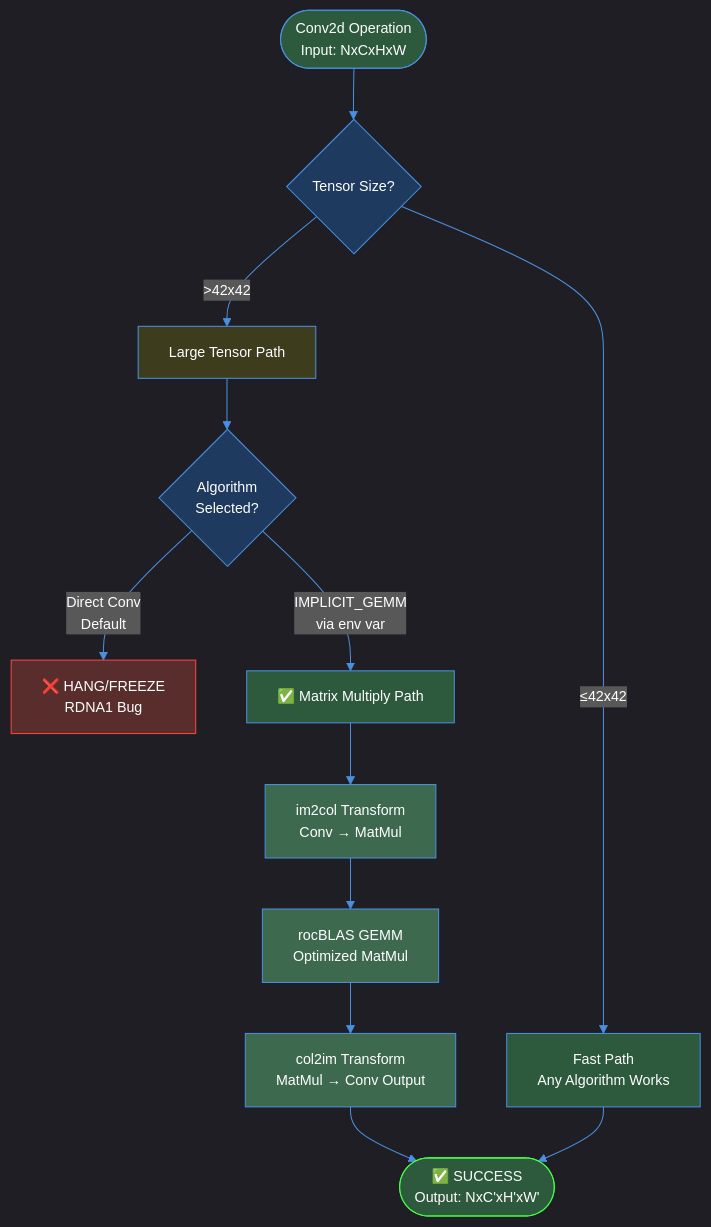
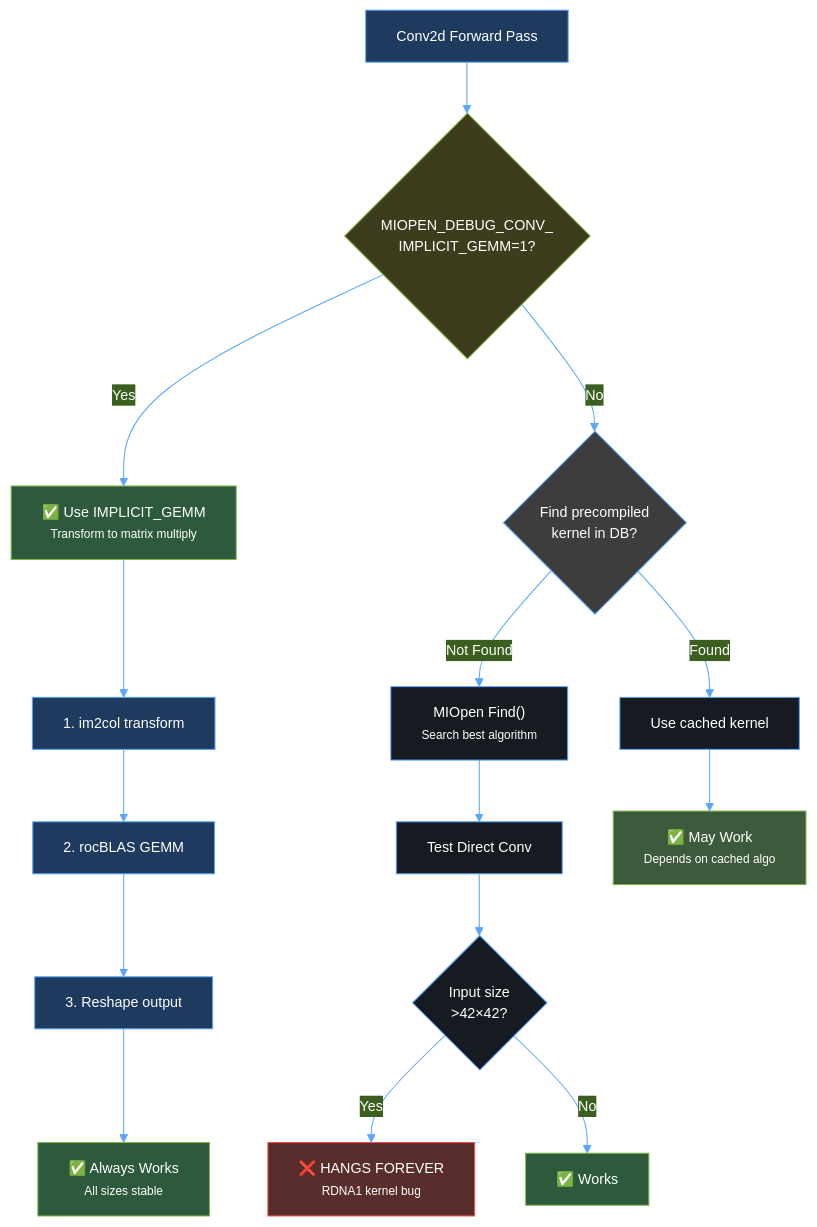
One commit to hkevin01/rocm-patch changed the fourth of 5 diagrams in README.md. Above: the diagram before and after it, drawn with Mermaid. The commit also changed other lines of this file and 2 other files, not shown here.

````diff
--- a/README.md
+++ b/README.md
@@ -106,32 +362,36 @@
 ```mermaid
-%%{init: {'theme':'dark', 'themeVariables': { 'primaryColor':'#1e3a5f','primaryTextColor':'#fff','primaryBorderColor':'#4a90e2','lineColor':'#4a90e2','secondaryColor':'#2d5a3d','tertiaryColor':'#5a2d2d','background':'#1a1a1a','mainBkg':'#2d2d2d','secondBkg':'#3d3d3d','textColor':'#ffffff','fontSize':'14px'}}}%%
+%%{init: {'theme':'base', 'themeVariables': { 'primaryColor':'#1e3a5f','primaryTextColor':'#fff','primaryBorderColor':'#58a6ff','lineColor':'#58a6ff','background':'#0d1117','mainBkg':'#161b22','textColor':'#e6edf3','fontSize':'14px'}}}%%
 flowchart TD
-    START([Conv2d Operation<br/>Input: NxCxHxW]) --> CHECK{Tensor Size?}
+    Start["Conv2d Forward Pass"] --> CheckEnv{"MIOPEN_DEBUG_CONV_<br/>IMPLICIT_GEMM=1?"}
     
-    CHECK -->|≤42x42| SMALL[Fast Path<br/>Any Algorithm Works]
-    CHECK -->|>42x42| LARGE[Large Tensor Path]
+    CheckEnv -->|Yes| ImplicitGEMM["✅ Use IMPLICIT_GEMM<br/><small>Transform to matrix multiply</small>"]
+    CheckEnv -->|No| FindDB{"Find precompiled<br/>kernel in DB?"}
     
-    LARGE --> ALGO{Algorithm<br/>Selected?}
+    FindDB -->|Found| UseDB["Use cached kernel"]
+    FindDB -->|Not Found| AutoTune["MIOpen Find()<br/><small>Search best algorithm</small>"]
     
-    ALGO -->|Direct Conv<br/>Default| HANG[❌ HANG/FREEZE<br/>RDNA1 Bug]
-    ALGO -->|IMPLICIT_GEMM<br/>via env var| GEMM[✅ Matrix Multiply Path]
+    AutoTune --> TestDirect["Test Direct Conv"]
+    TestDirect --> CheckSize{"Input size<br/>>42×42?"}
     
-    GEMM --> IM2COL[im2col Transform<br/>Conv → MatMul]
-    IM2COL --> ROCBLAS[rocBLAS GEMM<br/>Optimized MatMul]
-    ROCBLAS --> COL2IM[col2im Transform<br/>MatMul → Conv Output]
-    COL2IM --> SUCCESS([✅ SUCCESS<br/>Output: NxC'xH'xW'])
+    CheckSize -->|Yes| Hang["❌ HANGS FOREVER<br/><small>RDNA1 kernel bug</small>"]
+    CheckSize -->|No| Works1["✅ Works"]
     
-    SMALL --> SUCCESS
+    ImplicitGEMM --> Im2Col["1. im2col transform"]
+    Im2Col --> GEMM["2. rocBLAS GEMM"]
+    GEMM --> Reshape["3. Reshape output"]
+    Reshape --> Works2["✅ Always Works<br/><small>All sizes stable</small>"]
     
-    style START fill:#2d5a3d,stroke:#4a90e2,color:#fff
-    style CHECK fill:#1e3a5f,stroke:#4a90e2,color:#fff
-    style SMALL fill:#2d5a3d,stroke:#4a90e2,color:#fff
-    style LARGE fill:#3d3d1e,stroke:#4a90e2,color:#fff
-    style ALGO fill:#1e3a5f,stroke:#4a90e2,color:#fff
-    style HANG fill:#5a2d2d,stroke:#ff4444,color:#fff
-    style GEMM fill:#2d5a3d,stroke:#4a90e2,color:#fff
-    style IM2COL fill:#3d6a4f,stroke:#4a90e2,color:#fff
-    style ROCBLAS fill:#3d6a4f,stroke:#4a90e2,color:#fff
-    style COL2IM fill:#3d6a4f,stroke:#4a90e2,color:#fff
-    style SUCCESS fill:#2d5a3d,stroke:#44ff44,color:#fff
+    UseDB --> Works3["✅ May Work<br/><small>Depends on cached algo</small>"]
+    
+    style Start fill:#1e3a5f,stroke:#58a6ff,color:#fff
+    style CheckEnv fill:#3d3d1e,stroke:#7cb342,color:#fff
+    style ImplicitGEMM fill:#2d5a3d,stroke:#7cb342,color:#fff
+    style FindDB fill:#3d3d3d,stroke:#58a6ff,color:#fff
+    style Hang fill:#5a2d2d,stroke:#f85149,color:#fff
+    style Works1 fill:#2d5a3d,stroke:#7cb342,color:#fff
+    style Works2 fill:#2d5a3d,stroke:#7cb342,color:#fff
+    style Works3 fill:#3d5a3d,stroke:#7cb342,color:#fff
+    style Im2Col fill:#1e3a5f,stroke:#58a6ff,color:#fff
+    style GEMM fill:#1e3a5f,stroke:#58a6ff,color:#fff
+    style Reshape fill:#1e3a5f,stroke:#58a6ff,color:#fff
 ```
````
